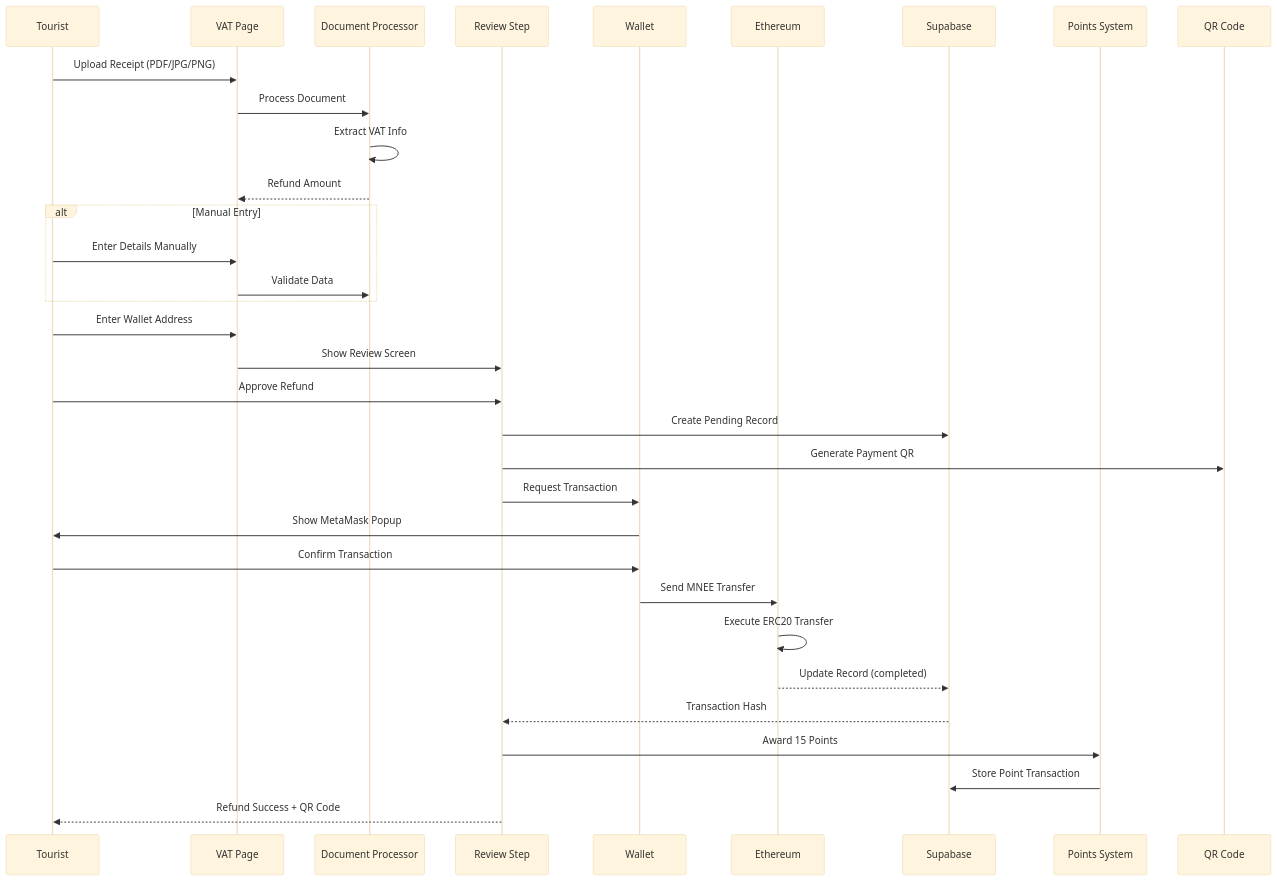
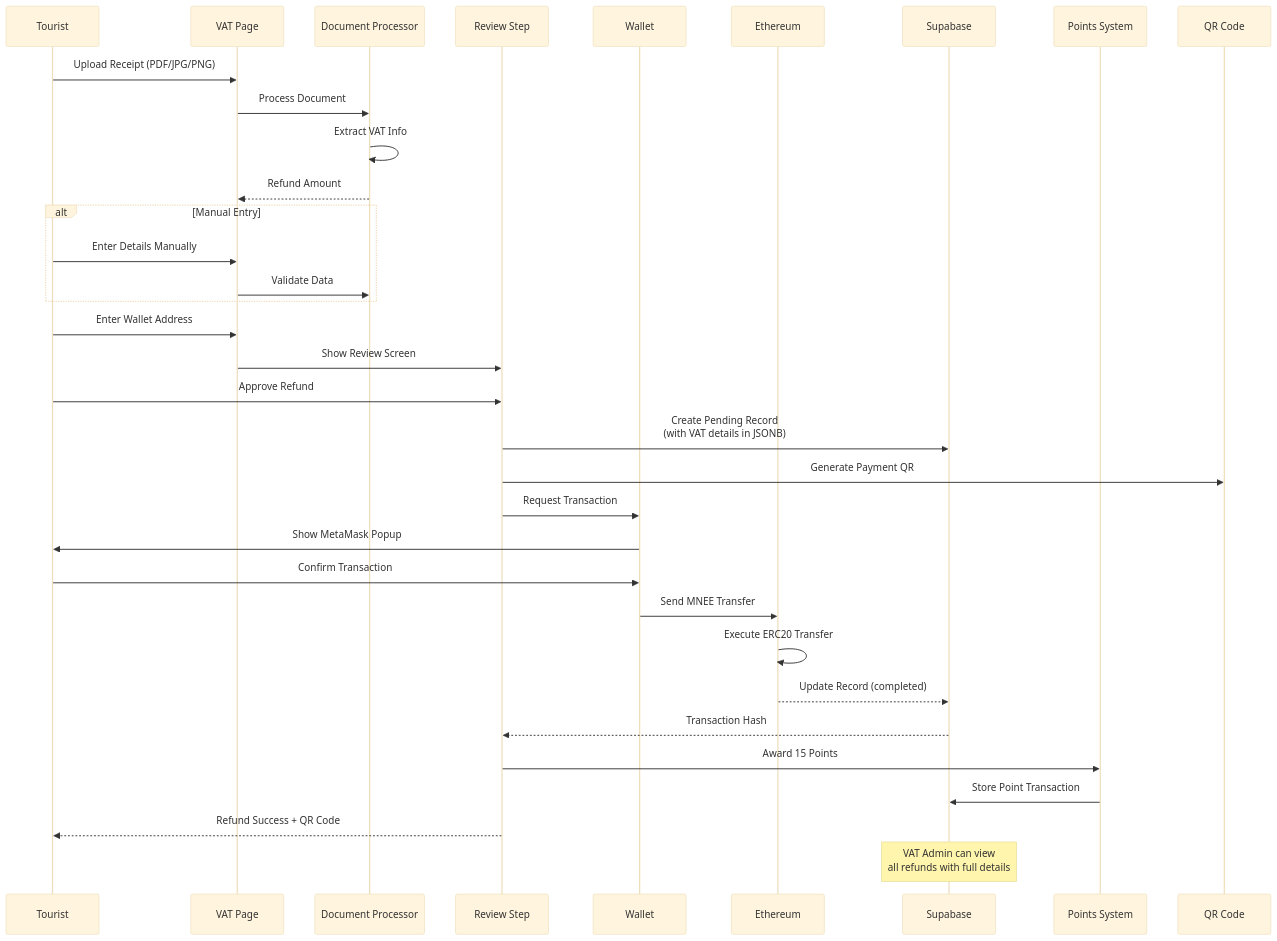
The fourth of 9 diagrams in README.md (AmaanSayyad/Gemetra-Mnee), drawn with Mermaid (base theme) before and after one commit. The commit also changed other lines of this file, not shown here.

Commit message:
docs: update README with VAT Admin Panel, vat_refund_details JSONB field, and new features

````diff
--- a/README.md
+++ b/README.md
@@ -249,40 +251,42 @@
 ```mermaid
 sequenceDiagram
     participant Tourist
     participant VAT Page
     participant Document Processor
     participant Review Step
     participant Wallet
     participant Ethereum
     participant Supabase
     participant Points System
     participant QR Code
 
     Tourist->>VAT Page: Upload Receipt (PDF/JPG/PNG)
     VAT Page->>Document Processor: Process Document
     Document Processor->>Document Processor: Extract VAT Info
     Document Processor-->>VAT Page: Refund Amount
     
     alt Manual Entry
         Tourist->>VAT Page: Enter Details Manually
         VAT Page->>Document Processor: Validate Data
     end
     
     Tourist->>VAT Page: Enter Wallet Address
     VAT Page->>Review Step: Show Review Screen
     Tourist->>Review Step: Approve Refund
     
-    Review Step->>Supabase: Create Pending Record
+    Review Step->>Supabase: Create Pending Record<br/>(with VAT details in JSONB)
     Review Step->>QR Code: Generate Payment QR
     Review Step->>Wallet: Request Transaction
     Wallet->>Tourist: Show MetaMask Popup
     Tourist->>Wallet: Confirm Transaction
     Wallet->>Ethereum: Send MNEE Transfer
     
     Ethereum->>Ethereum: Execute ERC20 Transfer
     Ethereum-->>Supabase: Update Record (completed)
     Supabase-->>Review Step: Transaction Hash
     Review Step->>Points System: Award 15 Points
     Points System->>Supabase: Store Point Transaction
     Review Step-->>Tourist: Refund Success + QR Code
+    
+    Note over Supabase: VAT Admin can view<br/>all refunds with full details
 ```
````
